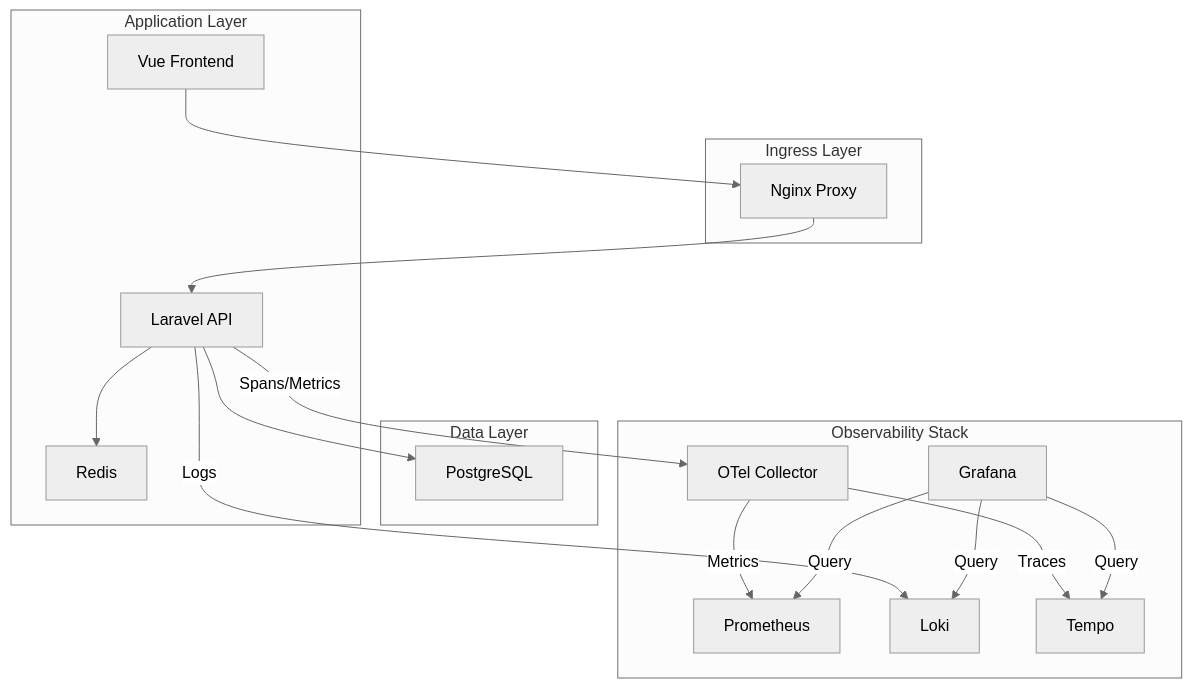
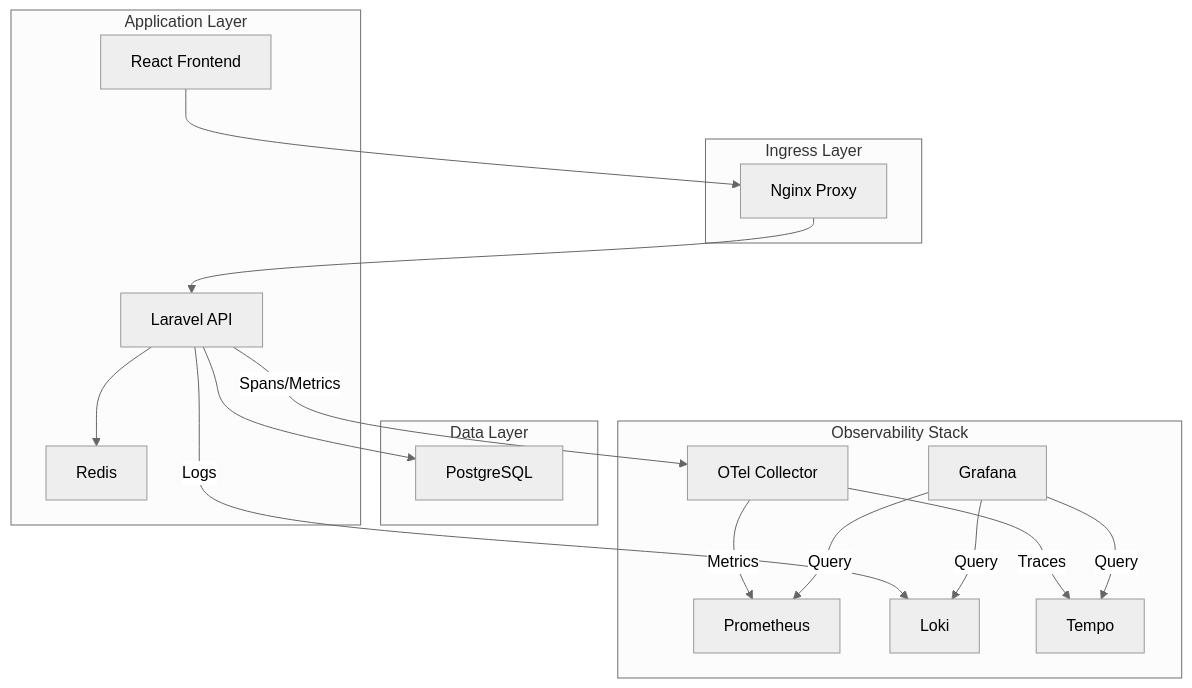
The diagram in README.md (SumitKeshri12/hackathon-observability), drawn with Mermaid (neutral theme) before and after one commit. The commit also changed other lines of this file, not shown here.

Commit message:
Update frontend framework from Vue to React

````diff
--- a/README.md
+++ b/README.md
@@ -16,36 +16,36 @@
 ```mermaid
 graph TD
     subgraph "Ingress Layer"
         NG[Nginx Proxy]
     end
 
     subgraph "Application Layer"
         BE[Laravel API]
-        FE[Vue Frontend]
+        FE[React Frontend]
         RD[Redis]
     end
 
     subgraph "Data Layer"
         DB[PostgreSQL]
     end
 
     subgraph "Observability Stack"
         OTEL[OTel Collector]
         PROM[Prometheus]
         LOKI[Loki]
         TEMPO[Tempo]
         GF[Grafana]
     end
 
     FE --> NG
     NG --> BE
     BE --> RD
     BE --> DB
     BE -- "Spans/Metrics" --> OTEL
     OTEL -- "Metrics" --> PROM
     OTEL -- "Traces" --> TEMPO
     BE -- "Logs" --> LOKI
     GF -- "Query" --> PROM
     GF -- "Query" --> LOKI
     GF -- "Query" --> TEMPO
 ```
````
